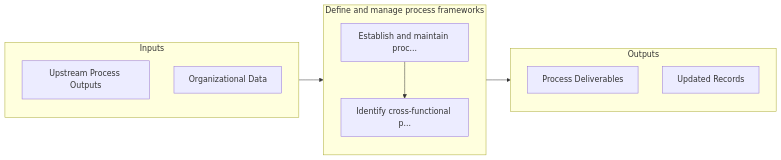
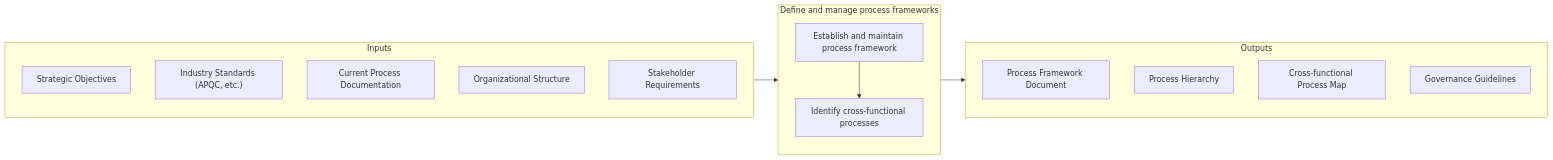
One commit to kziemski/business.org.ai changed the second of 2 diagrams in processes/13-Capabilities/13.1-ManageBusinessProcesses/13.1.2-DefineManageProcessFrameworks/index.mdx. Above: the diagram before and after it, drawn with Mermaid. The commit also changed other lines of this file and 885 other files, not shown here.

````diff
--- a/processes/13-Capabilities/13.1-ManageBusinessProcesses/13.1.2-DefineManageProcessFrameworks/index.mdx
+++ b/processes/13-Capabilities/13.1-ManageBusinessProcesses/13.1.2-DefineManageProcessFrameworks/index.mdx
@@ -60,20 +64,25 @@
 ```mermaid
 flowchart LR
     subgraph Inputs["Inputs"]
-        I1["Upstream Process Outputs"]
-        I2["Organizational Data"]
+        I1["Strategic Objectives"]
+        I2["Industry Standards (APQC, etc.)"]
+        I3["Current Process Documentation"]
+        I4["Organizational Structure"]
+        I5["Stakeholder Requirements"]
     end
 
     subgraph Process["Define and manage process frameworks"]
-        S1["Establish and maintain proc..."]
-        S2["Identify cross-functional p..."]
+        S1["Establish and maintain process framework"]
+        S2["Identify cross-functional processes"]
     end
 
     subgraph Outputs["Outputs"]
-        O1["Process Deliverables"]
-        O2["Updated Records"]
+        O1["Process Framework Document"]
+        O2["Process Hierarchy"]
+        O3["Cross-functional Process Map"]
+        O4["Governance Guidelines"]
     end
 
     Inputs --> Process --> Outputs
     S1 --> S2
 ```
````
